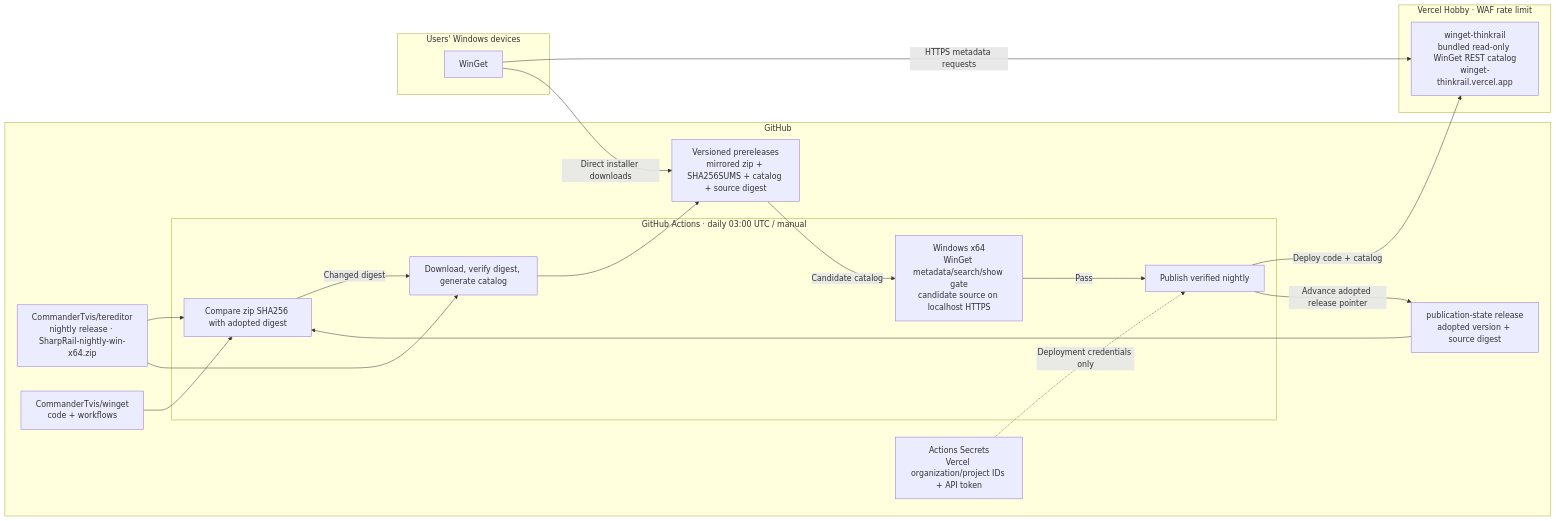
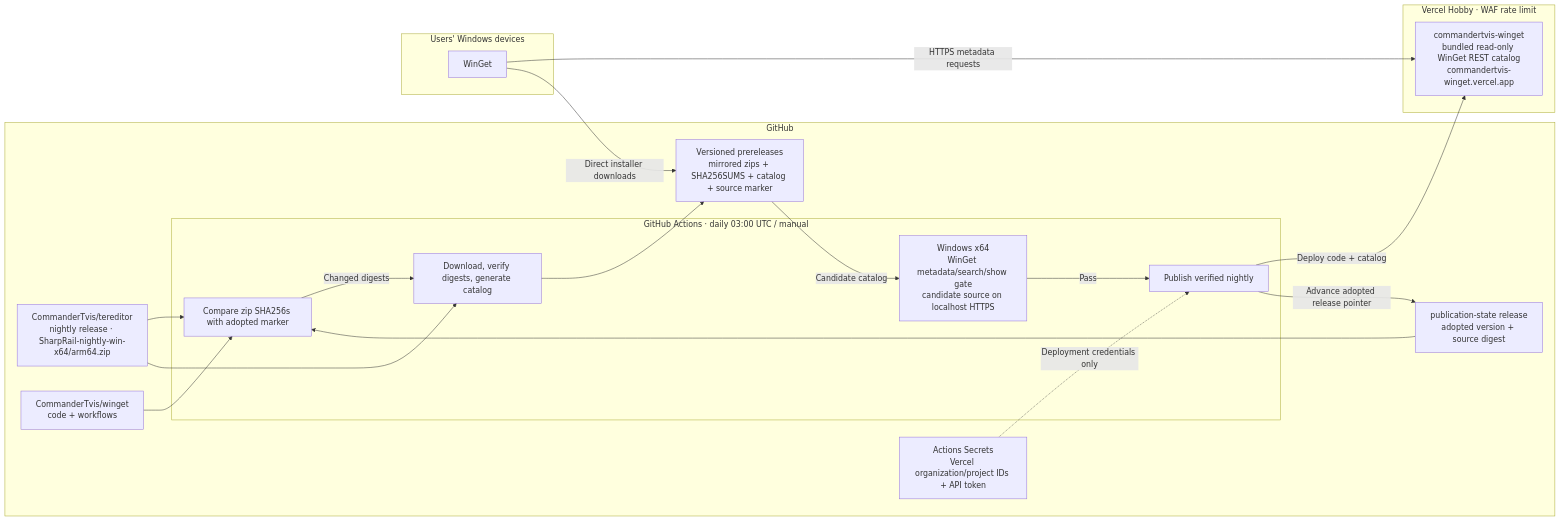
The diagram in architecture.md (CommanderTvis/winget-thinkrail), drawn with Mermaid before and after one commit. The commit also changed other lines of this file and 13 other files, not shown here.

First line of the commit message:
Ship Tereditor for x64 and ARM64 from the new domain

````diff
--- a/architecture.md
+++ b/architecture.md
@@ -31,38 +31,38 @@
 ```mermaid
 flowchart LR
   subgraph GitHub["GitHub"]
-    upstream["CommanderTvis/tereditor<br/>nightly release · SharpRail-nightly-win-x64.zip"]
+    upstream["CommanderTvis/tereditor<br/>nightly release · SharpRail-nightly-win-x64/arm64.zip"]
     repo["CommanderTvis/winget<br/>code + workflows"]
     subgraph CI["GitHub Actions · daily 03:00 UTC / manual"]
-      compare["Compare zip SHA256 with adopted digest"]
-      mirror["Download, verify digest, generate catalog"]
+      compare["Compare zip SHA256s with adopted marker"]
+      mirror["Download, verify digests, generate catalog"]
       gates["Windows x64<br/>WinGet metadata/search/show gate<br/>candidate source on localhost HTTPS"]
       publish["Publish verified nightly"]
     end
-    releases["Versioned prereleases<br/>mirrored zip + SHA256SUMS + catalog + source digest"]
+    releases["Versioned prereleases<br/>mirrored zips + SHA256SUMS + catalog + source marker"]
     state["publication-state release<br/>adopted version + source digest"]
     secrets["Actions Secrets<br/>Vercel organization/project IDs + API token"]
   end
 
   subgraph Vercel["Vercel Hobby · WAF rate limit"]
-    source["winget-thinkrail<br/>bundled read-only WinGet REST catalog<br/>winget-thinkrail.vercel.app"]
+    source["commandertvis-winget<br/>bundled read-only WinGet REST catalog<br/>commandertvis-winget.vercel.app"]
   end
 
   subgraph Windows["Users' Windows devices"]
     winget["WinGet"]
   end
 
   upstream --> compare
   repo --> compare
   state --> compare
-  compare -->|Changed digest| mirror
+  compare -->|Changed digests| mirror
   upstream --> mirror
   mirror --> releases
   releases -->|Candidate catalog| gates
   gates -->|Pass| publish
   secrets -.->|Deployment credentials only| publish
   publish -->|Deploy code + catalog| source
   publish -->|Advance adopted release pointer| state
   winget -->|HTTPS metadata requests| source
   winget -->|Direct installer downloads| releases
 ```
````
